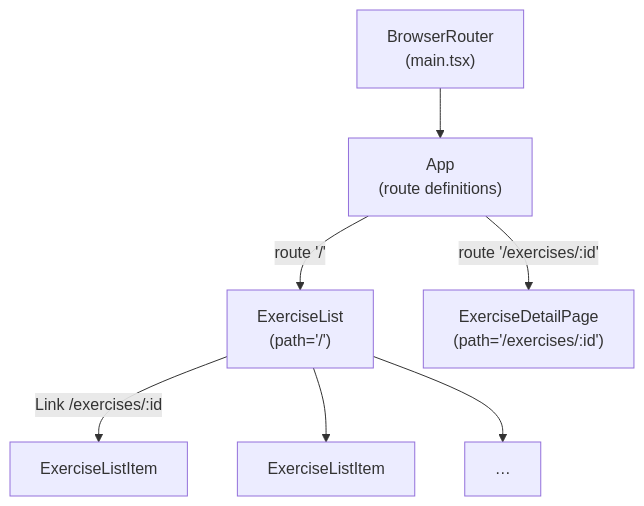
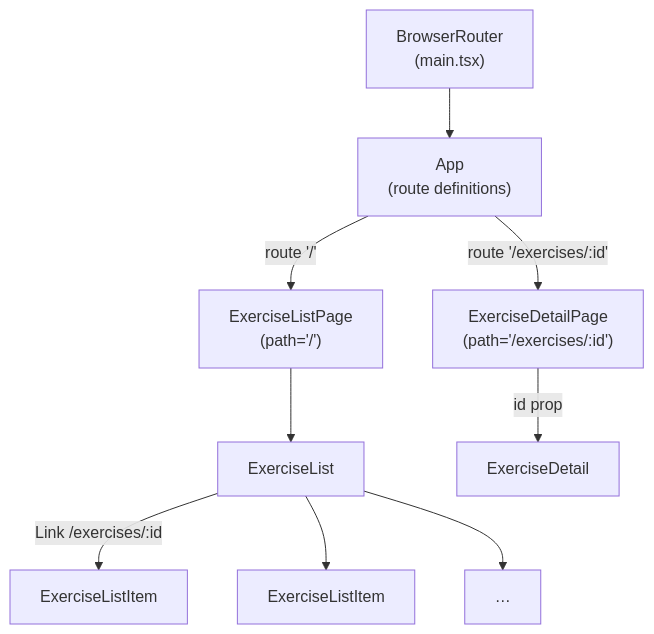
One commit to deanvons/tractus-react changed the diagram in README.md. Above: the diagram before and after it, drawn with Mermaid. The commit also changed other lines of this file, not shown here.

Commit message:
DOCS: update README for page/component refactor

````diff
--- a/README.md
+++ b/README.md
@@ -204,17 +212,21 @@
 ```mermaid
 graph TD
   BrowserRouter["BrowserRouter\n(main.tsx)"]
   App["App\n(route definitions)"]
-  ExList["ExerciseList\n(path='/')"]
+  ListPage["ExerciseListPage\n(path='/')"]
+  ExList["ExerciseList"]
   ELI1["ExerciseListItem"]
   ELI2["ExerciseListItem"]
   ELIn["…"]
   DetailPage["ExerciseDetailPage\n(path='/exercises/:id')"]
+  ExDetail["ExerciseDetail"]
 
   BrowserRouter --> App
-  App -->|"route '/'"| ExList
+  App -->|"route '/'"| ListPage
   App -->|"route '/exercises/:id'"| DetailPage
+  ListPage --> ExList
+  DetailPage -->|"id prop"| ExDetail
   ExList -->|"Link /exercises/:id"| ELI1
   ExList --> ELI2
   ExList --> ELIn
 ```
````
